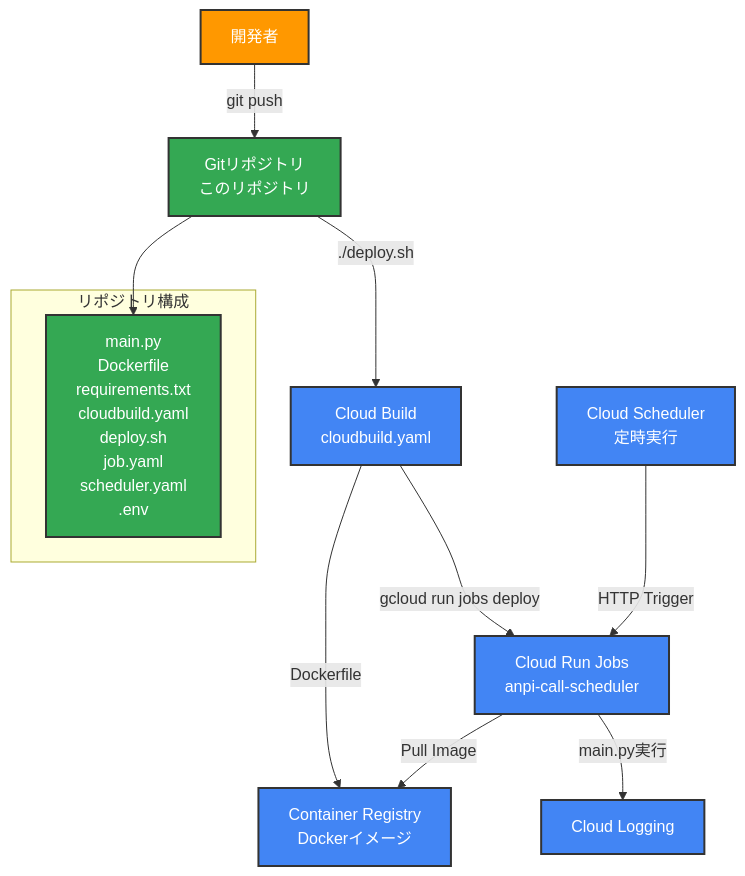
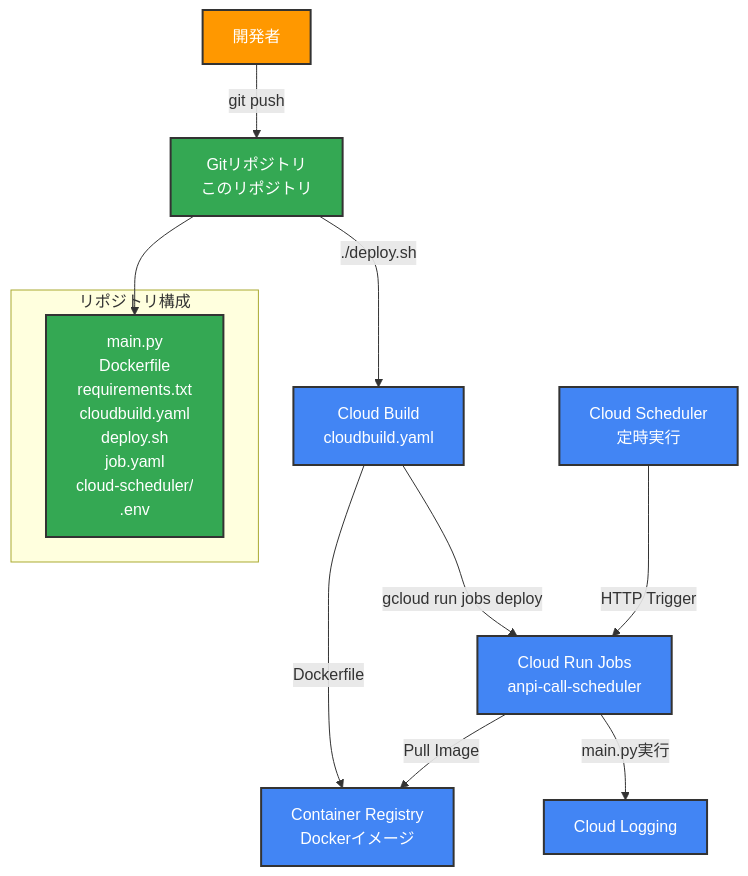
Before and after one commit to univac-1/google-cloud-japan-ai-hackathon-vol2: the first of 5 diagrams in anpi-call-scheduler/docs/system-architecture.md, drawn with Mermaid. The commit also changed 9 other files, not shown here.

````diff
--- a/anpi-call-scheduler/docs/system-architecture.md
+++ b/anpi-call-scheduler/docs/system-architecture.md
@@ -7,48 +7,48 @@
 ```mermaid
 graph TB
     %% 開発・デプロイフロー
     DEV[開発者]
     REPO[Gitリポジトリ<br/>このリポジトリ]
     
     %% Cloud Build
     CB[Cloud Build<br/>cloudbuild.yaml]
     
     %% Container Registry
     CR[Container Registry<br/>Dockerイメージ]
     
     %% Cloud Run Jobs
     CRJ[Cloud Run Jobs<br/>anpi-call-scheduler]
     
     %% Cloud Scheduler
     CS[Cloud Scheduler<br/>定時実行]
     
     %% ログ・監視
     CL[Cloud Logging]
     
     %% デプロイフロー
     DEV -->|git push| REPO
     REPO -->|./deploy.sh| CB
     CB -->|Dockerfile| CR
     CB -->|gcloud run jobs deploy| CRJ
     
     %% 実行フロー
     CS -->|HTTP Trigger| CRJ
     CRJ -->|Pull Image| CR
     CRJ -->|main.py実行| CL
     
     %% ファイル構成表示
     subgraph "リポジトリ構成"
-        FILES[main.py<br/>Dockerfile<br/>requirements.txt<br/>cloudbuild.yaml<br/>deploy.sh<br/>job.yaml<br/>scheduler.yaml<br/>.env]
+        FILES[main.py<br/>Dockerfile<br/>requirements.txt<br/>cloudbuild.yaml<br/>deploy.sh<br/>job.yaml<br/>cloud-scheduler/<br/>.env]
     end
     
     REPO --> FILES
     
     %% スタイリング
     classDef gcp fill:#4285f4,stroke:#333,stroke-width:2px,color:#fff
     classDef repo fill:#34a853,stroke:#333,stroke-width:2px,color:#fff
     classDef user fill:#ff9800,stroke:#333,stroke-width:2px,color:#fff
     
     class CB,CR,CRJ,CS,CL gcp
     class REPO,FILES repo
     class DEV user
 ```
````
